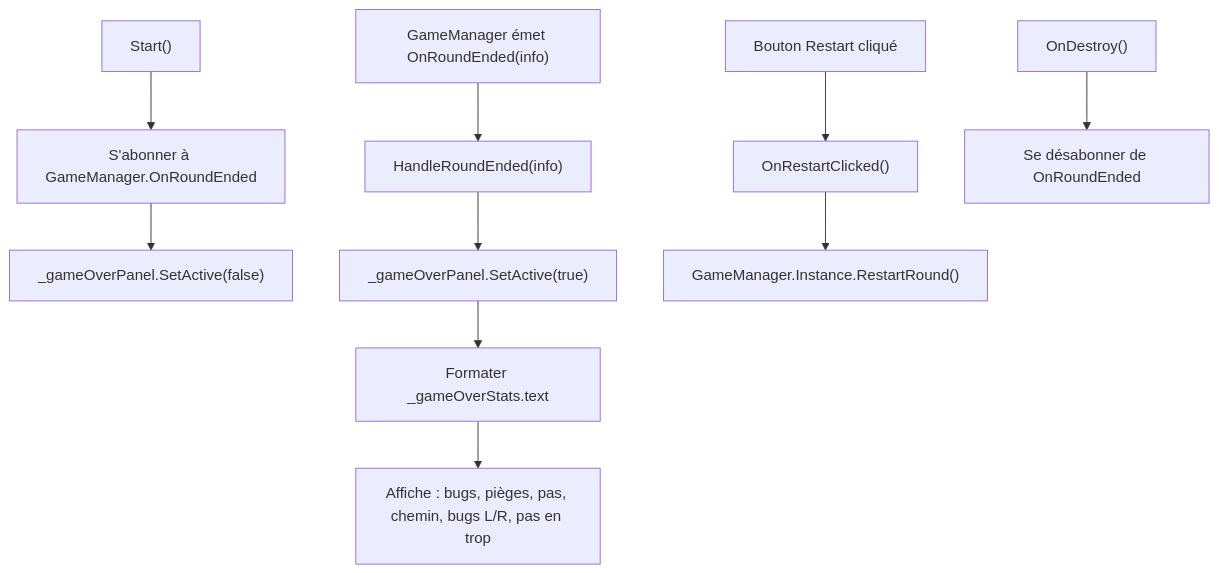
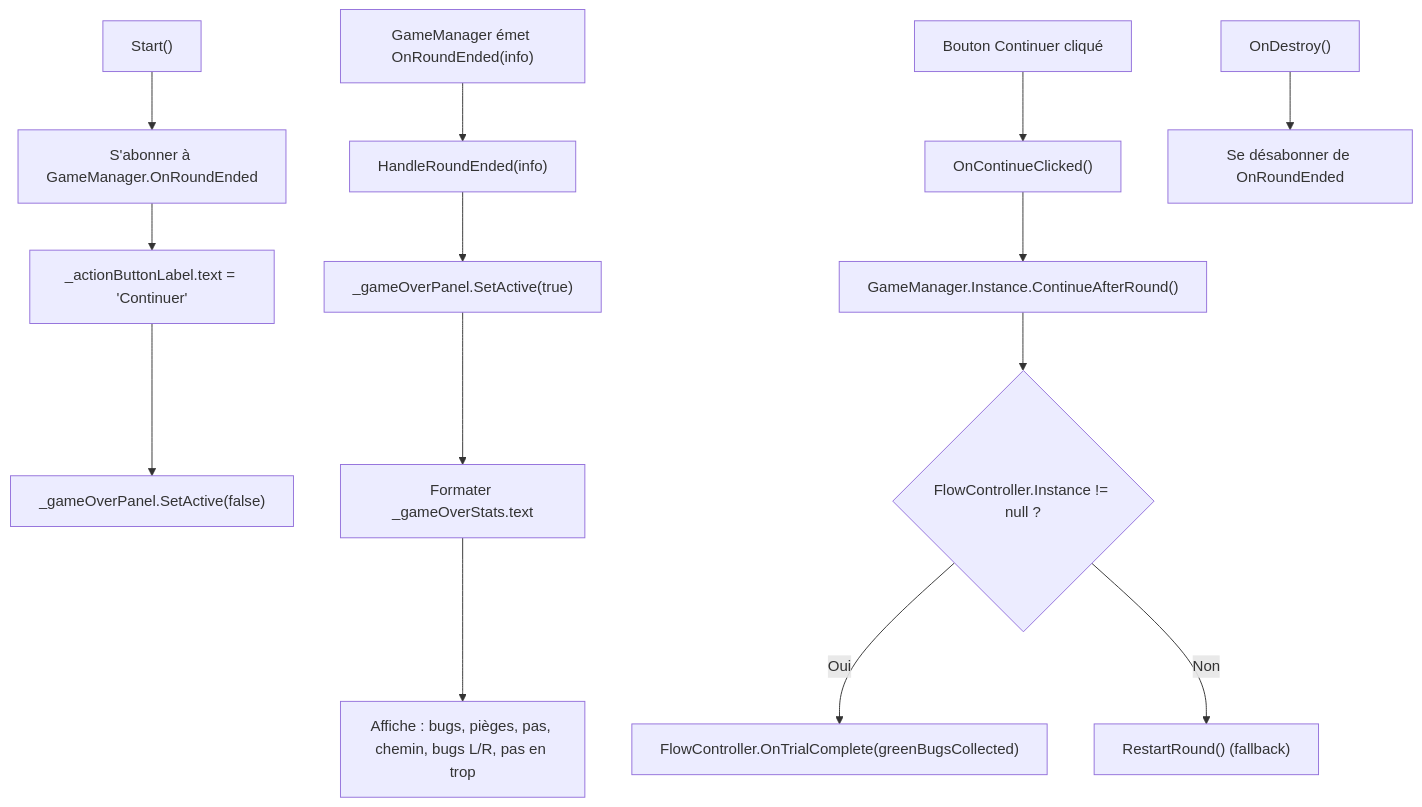
One commit to PierreChagnon/BUGS changed diagram 22 of 28 in Docs/TDD.md. Above: the diagram before and after it, drawn with Mermaid. The commit also changed other lines of this file, not shown here.

````diff
--- a/Docs/TDD.md
+++ b/Docs/TDD.md
@@ -2169,15 +2765,19 @@
 ```mermaid
 graph TD
     A["Start()"] --> B["S'abonner à GameManager.OnRoundEnded"]
-    B --> C["_gameOverPanel.SetActive(false)"]
+    B --> B2["_actionButtonLabel.text = 'Continuer'"]
+    B2 --> C["_gameOverPanel.SetActive(false)"]
 
     D["GameManager émet OnRoundEnded(info)"] --> E["HandleRoundEnded(info)"]
     E --> F["_gameOverPanel.SetActive(true)"]
     F --> G["Formater _gameOverStats.text"]
     G --> H["Affiche : bugs, pièges, pas, chemin, bugs L/R, pas en trop"]
 
-    I["Bouton Restart cliqué"] --> J["OnRestartClicked()"]
-    J --> K["GameManager.Instance.RestartRound()"]
+    I["Bouton Continuer cliqué"] --> J["OnContinueClicked()"]
+    J --> K["GameManager.Instance.ContinueAfterRound()"]
+    K --> K2{"FlowController.Instance != null ?"}
+    K2 -->|Oui| K3["FlowController.OnTrialComplete(greenBugsCollected)"]
+    K2 -->|Non| K4["RestartRound() (fallback)"]
 
     L["OnDestroy()"] --> M["Se désabonner de OnRoundEnded"]
 ```
````
